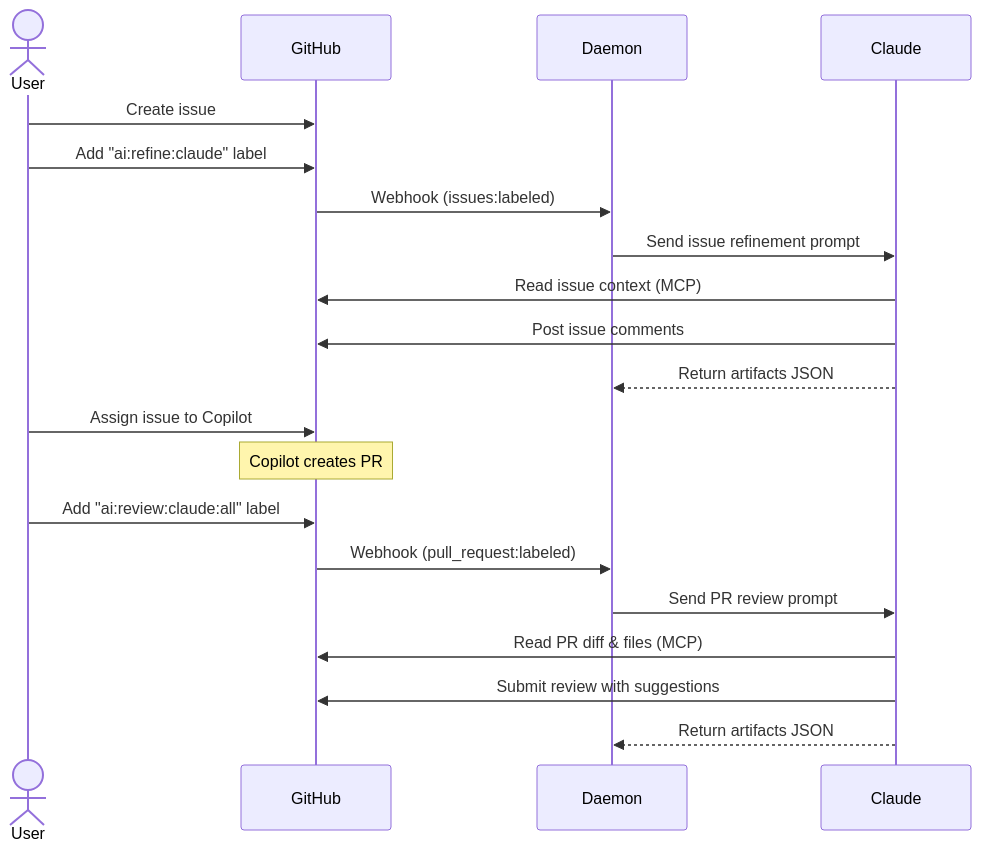
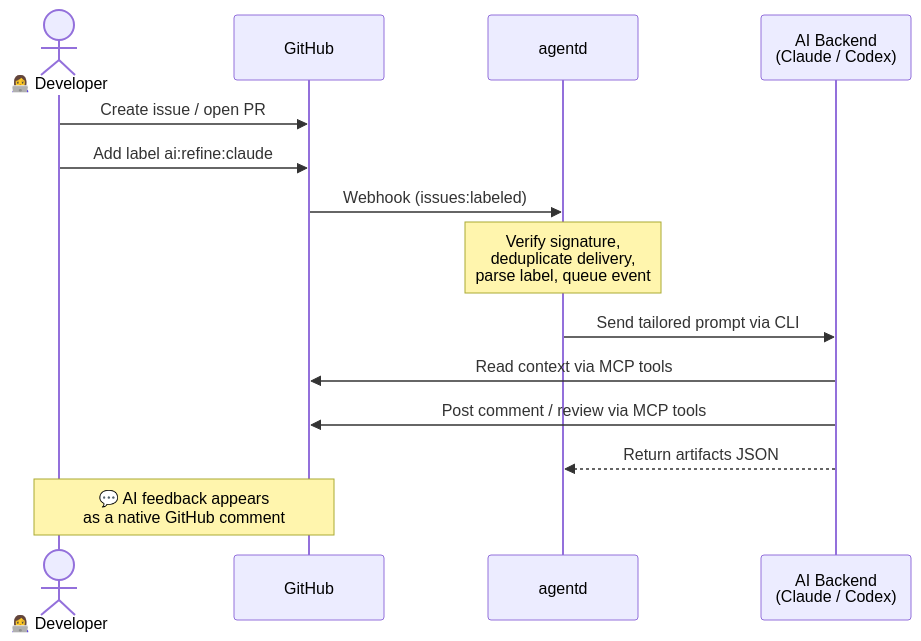
The diagram in README.md (eloylp/agents), drawn with Mermaid before and after one commit. The commit also changed other lines of this file, not shown here.

````diff
--- a/README.md
+++ b/README.md
@@ -30,27 +21,20 @@
 ```mermaid
 sequenceDiagram
-    actor User
+    actor Dev as 👩‍💻 Developer
     participant GH as GitHub
-    participant Daemon
-    participant Claude
+    participant D as agentd
+    participant AI as AI Backend<br/>(Claude / Codex)
 
-    User->>GH: Create issue
-    User->>GH: Add "ai:refine:claude" label
+    Dev->>GH: Create issue / open PR
+    Dev->>GH: Add label  ai:refine:claude
 
-    GH->>Daemon: Webhook (issues:labeled)
-    Daemon->>Claude: Send issue refinement prompt
-    Claude->>GH: Read issue context (MCP)
-    Claude->>GH: Post issue comments
-    Claude-->>Daemon: Return artifacts JSON
+    GH->>D: Webhook (issues:labeled)
+    Note over D: Verify signature,<br/>deduplicate delivery,<br/>parse label, queue event
 
-    User->>GH: Assign issue to Copilot
-    Note over GH: Copilot creates PR
+    D->>AI: Send tailored prompt via CLI
+    AI->>GH: Read context via MCP tools
+    AI->>GH: Post comment / review via MCP tools
+    AI-->>D: Return artifacts JSON
 
-    User->>GH: Add "ai:review:claude:all" label
-
-    GH->>Daemon: Webhook (pull_request:labeled)
-    Daemon->>Claude: Send PR review prompt
-    Claude->>GH: Read PR diff & files (MCP)
-    Claude->>GH: Submit review with suggestions
-    Claude-->>Daemon: Return artifacts JSON
+    Note over Dev,GH: 💬 AI feedback appears<br/>as a native GitHub comment
 ```
````
